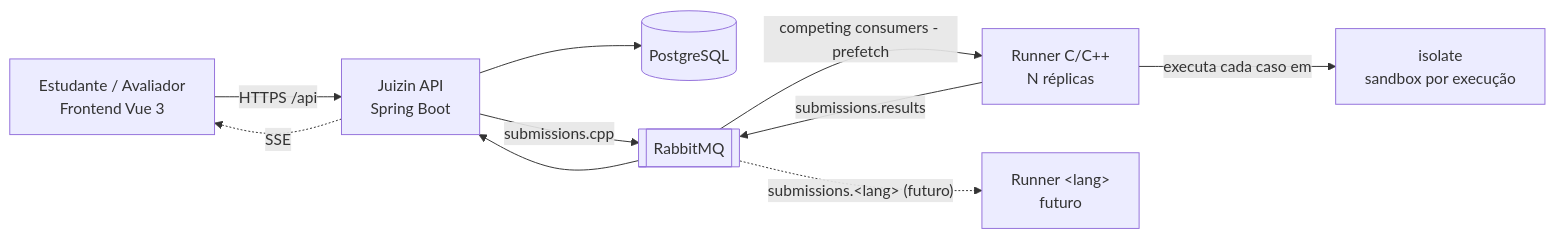
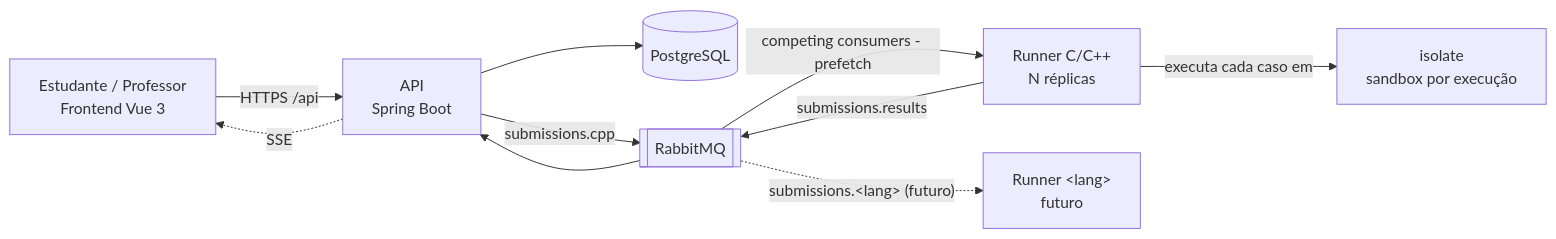
Before and after one commit to pedrogomesleite/judge: the first of 5 diagrams in docs/architecture.md, drawn with Mermaid. The commit also changed other lines of this file and 18 other files, not shown here.

````diff
--- a/docs/architecture.md
+++ b/docs/architecture.md
@@ -26,12 +26,12 @@
 ```mermaid
 flowchart LR
-    U[Estudante / Avaliador<br/>Frontend Vue 3] -->|HTTPS /api| API[Juizin API<br/>Spring Boot]
+    U[Estudante / Professor<br/>Frontend Vue 3] -->|HTTPS /api| API[API<br/>Spring Boot]
     API --> DB[(PostgreSQL)]
     API -->|submissions.cpp| K[[RabbitMQ]]
     K -->|competing consumers - prefetch| R[Runner C/C++<br/>N réplicas]
     R -->|executa cada caso em| I[isolate<br/>sandbox por execução]
     R -->|submissions.results| K
     K --> API
     API -. SSE .-> U
     K -. "submissions.&lt;lang&gt; (futuro)" .-> RF[Runner &lt;lang&gt;<br/>futuro]
 ```
````
